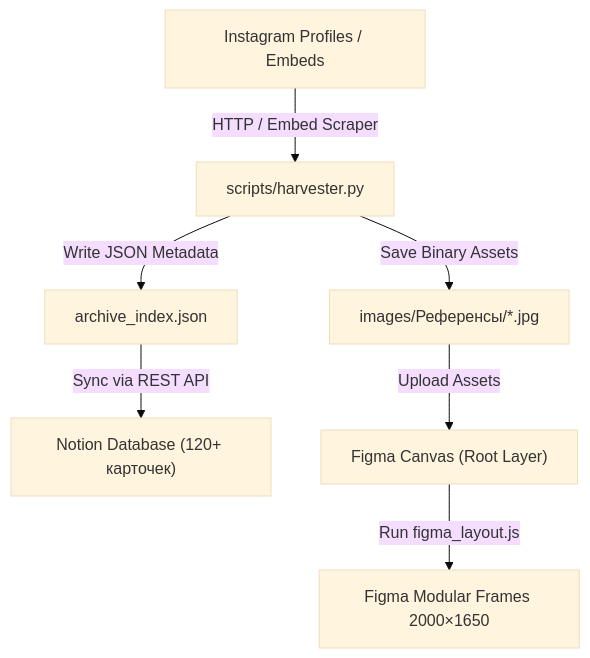
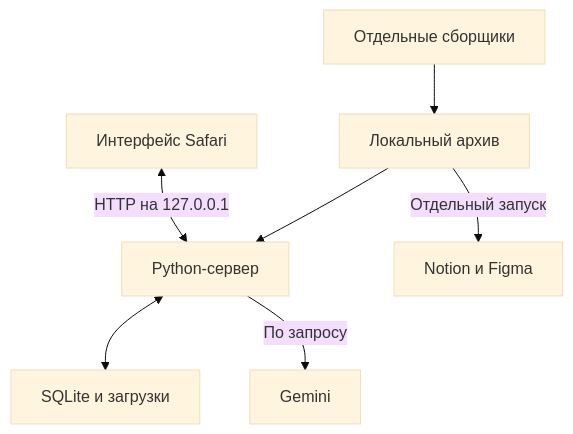
The diagram in docs/architecture.md (therealfullmetal55555/visual-reference-pipeline), drawn with Mermaid (base theme) before and after one commit. The commit also changed other lines of this file and 9 other files, not shown here.

Commit message:
feat: update workflow architecture docs, server favicon routing, and font licensing

````diff
--- a/docs/architecture.md
+++ b/docs/architecture.md
@@ -20,11 +5,9 @@
 ```mermaid
 flowchart TD
-    A["Instagram Profiles / Embeds"] -->|HTTP / Embed Scraper| B["scripts/harvester.py"]
-    B -->|Save Binary Assets| C["images/Референсы/*.jpg"]
-    B -->|Write JSON Metadata| D["archive_index.json"]
-    
-    D -->|Sync via REST API| E["Notion Database (120+ карточек)"]
-    
-    C -->|Upload Assets| F["Figma Canvas (Root Layer)"]
-    F -->|Run figma_layout.js| G["Figma Modular Frames 2000×1650"]
+    A["Локальный архив"] --> B["Python-сервер"]
+    C["Отдельные сборщики"] --> A
+    D["Интерфейс Safari"] <-->|"HTTP на 127.0.0.1"| B
+    B <--> E["SQLite и загрузки"]
+    B -->|"По запросу"| F["Gemini"]
+    A -->|"Отдельный запуск"| G["Notion и Figma"]
 ```
````
